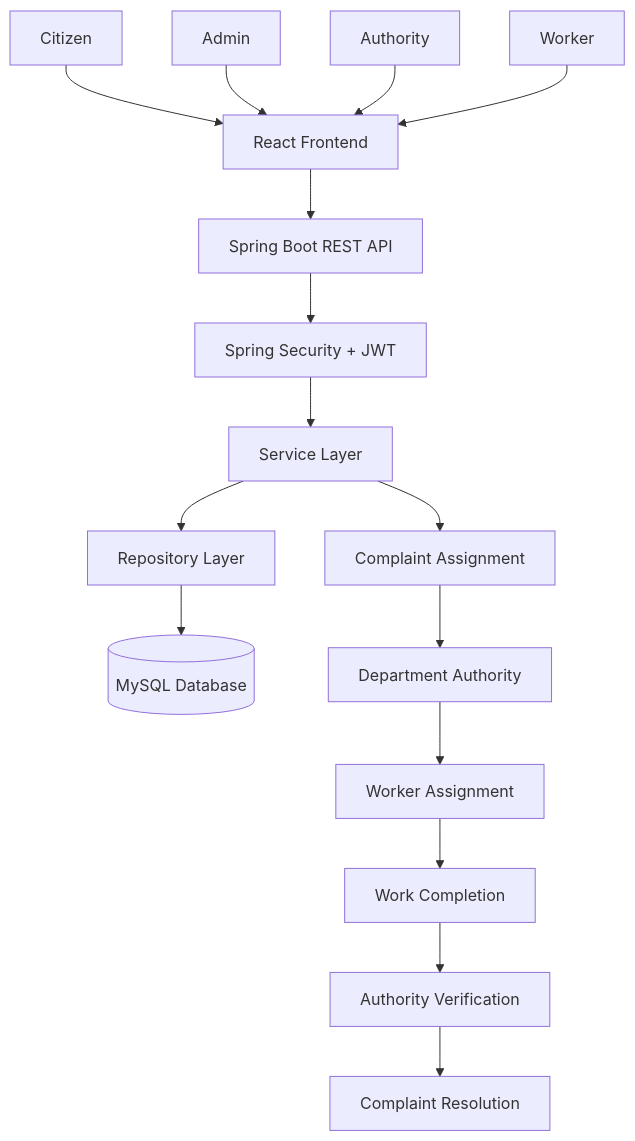
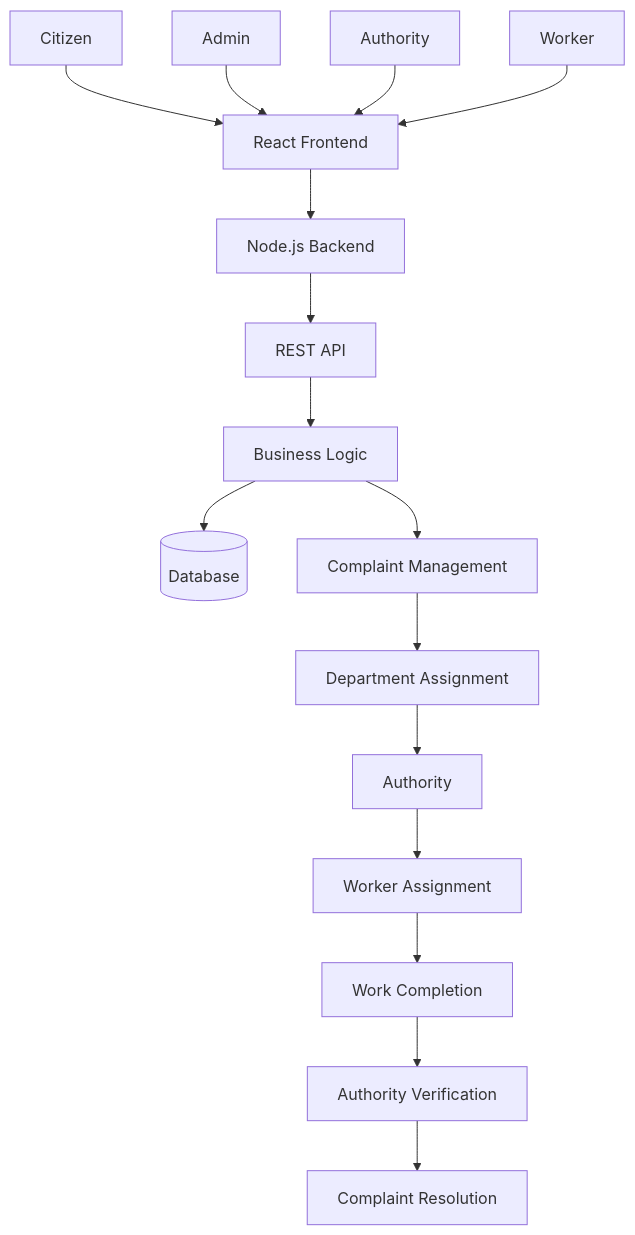
One commit to SatyamKYadav23/CivicFix changed the diagram in README.md. Above: the diagram before and after it, drawn with Mermaid. The commit also changed other lines of this file, not shown here.

````diff
--- a/README.md
+++ b/README.md
@@ -37,20 +38,20 @@
 ```mermaid
 flowchart TD
-    A[Citizen] --> B[React Frontend]
-    C[Admin] --> B
-    D[Authority] --> B
-    E[Worker] --> B
+    A[Citizen] --> F[React Frontend]
+    B[Admin] --> F
+    C[Authority] --> F
+    D[Worker] --> F
 
-    B --> F[Spring Boot REST API]
-    F --> G[Spring Security + JWT]
-    G --> H[Service Layer]
-    H --> I[Repository Layer]
-    I --> J[(MySQL Database)]
+    F --> G[Node.js Backend]
+    G --> H[REST API]
+    H --> I[Business Logic]
+    I --> J[(Database)]
 
-    H --> K[Complaint Assignment]
-    K --> L[Department Authority]
-    L --> M[Worker Assignment]
-    M --> N[Work Completion]
-    N --> O[Authority Verification]
-    O --> P[Complaint Resolution]
+    I --> K[Complaint Management]
+    K --> L[Department Assignment]
+    L --> M[Authority]
+    M --> N[Worker Assignment]
+    N --> O[Work Completion]
+    O --> P[Authority Verification]
+    P --> Q[Complaint Resolution]
 ```
````
